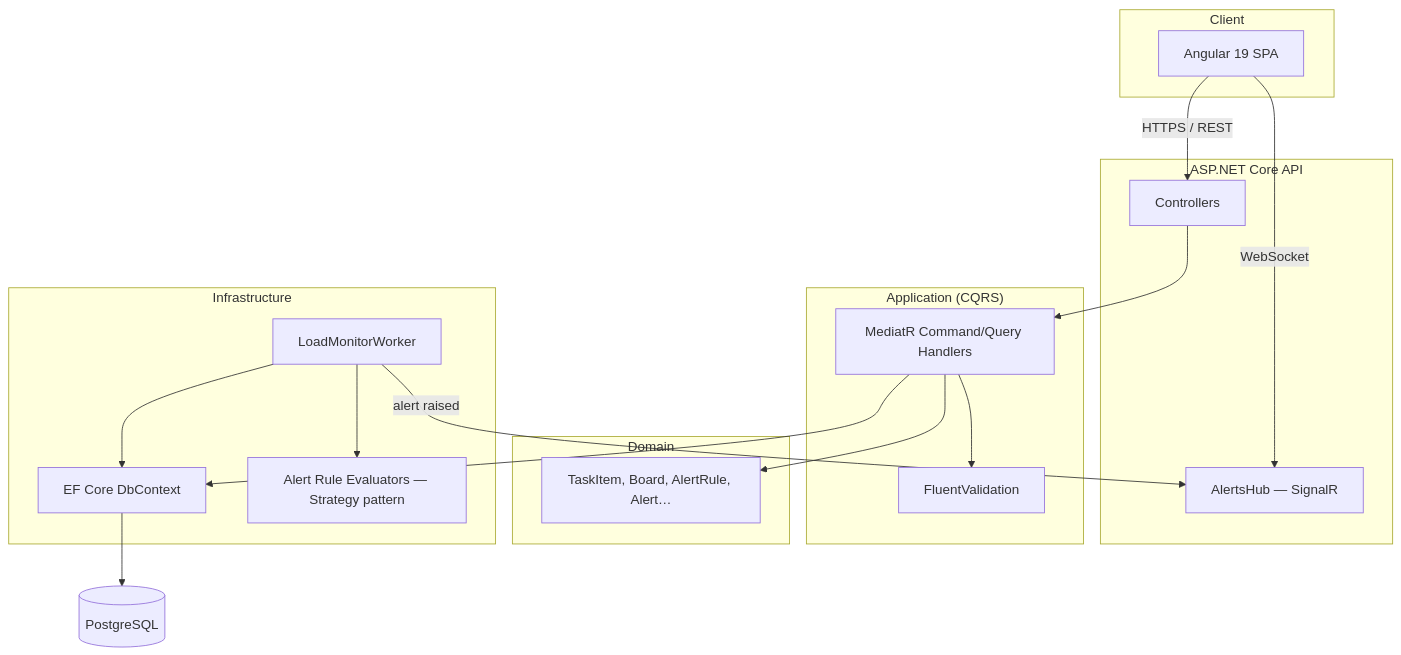
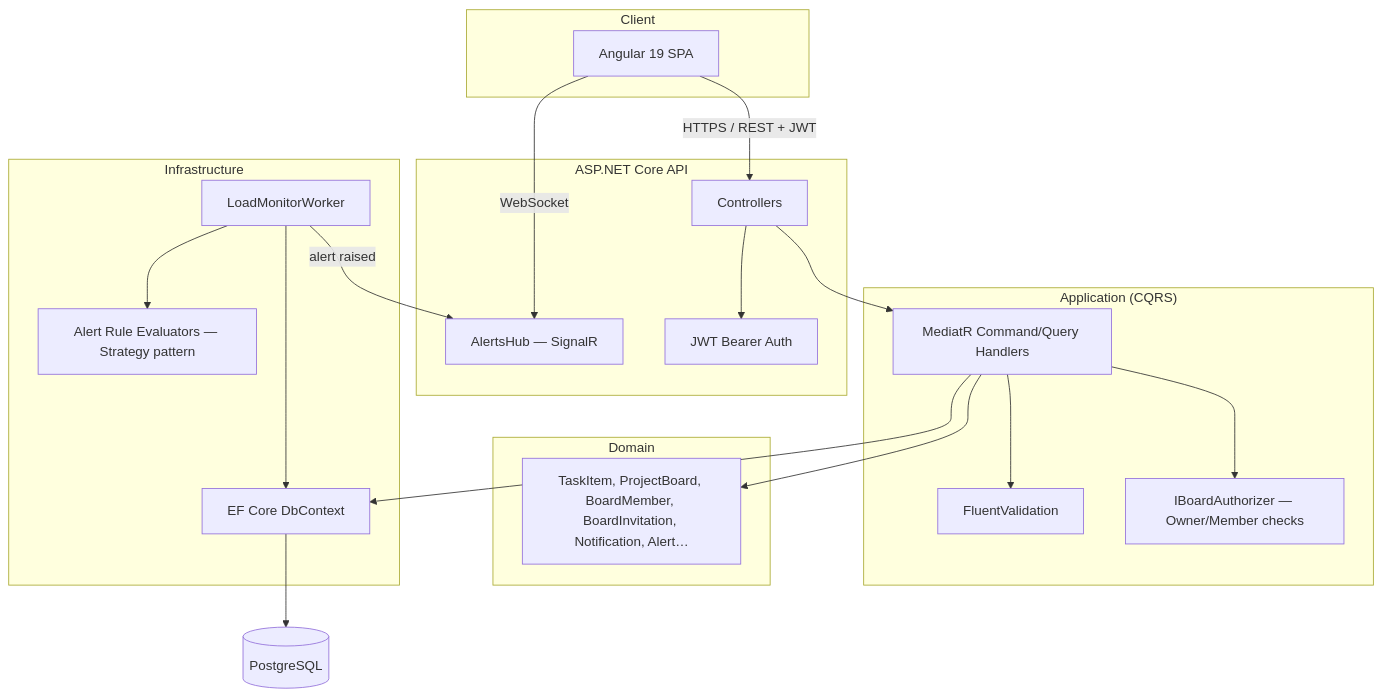
Before and after one commit to Lucaalex00/taskflow: the diagram in README.md, drawn with Mermaid. The commit also changed other lines of this file and 1 other file, not shown here.

````diff
--- a/README.md
+++ b/README.md
@@ -22,39 +153,43 @@
 ```mermaid
 flowchart TB
     subgraph Client
         UI[Angular 19 SPA]
     end
 
     subgraph API["ASP.NET Core API"]
         Controllers[Controllers]
         Hub[AlertsHub — SignalR]
+        Auth[JWT Bearer Auth]
     end
 
     subgraph Application["Application (CQRS)"]
         Handlers[MediatR Command/Query Handlers]
         Validators[FluentValidation]
+        BoardAuth[IBoardAuthorizer — Owner/Member checks]
     end
 
     subgraph Domain
-        Entities[TaskItem, Board, AlertRule, Alert…]
+        Entities[TaskItem, ProjectBoard, BoardMember, BoardInvitation, Notification, Alert…]
     end
 
     subgraph Infrastructure
         DbContext[EF Core DbContext]
         Worker[LoadMonitorWorker]
         Evaluators[Alert Rule Evaluators — Strategy pattern]
     end
 
     DB[(PostgreSQL)]
 
-    UI -- HTTPS / REST --> Controllers
+    UI -- HTTPS / REST + JWT --> Controllers
     UI -- WebSocket --> Hub
+    Controllers --> Auth
     Controllers --> Handlers
     Handlers --> Validators
+    Handlers --> BoardAuth
     Handlers --> Entities
     Handlers --> DbContext
     Worker --> Evaluators
     Worker --> DbContext
     Worker -- alert raised --> Hub
     DbContext --> DB
 ```
````
